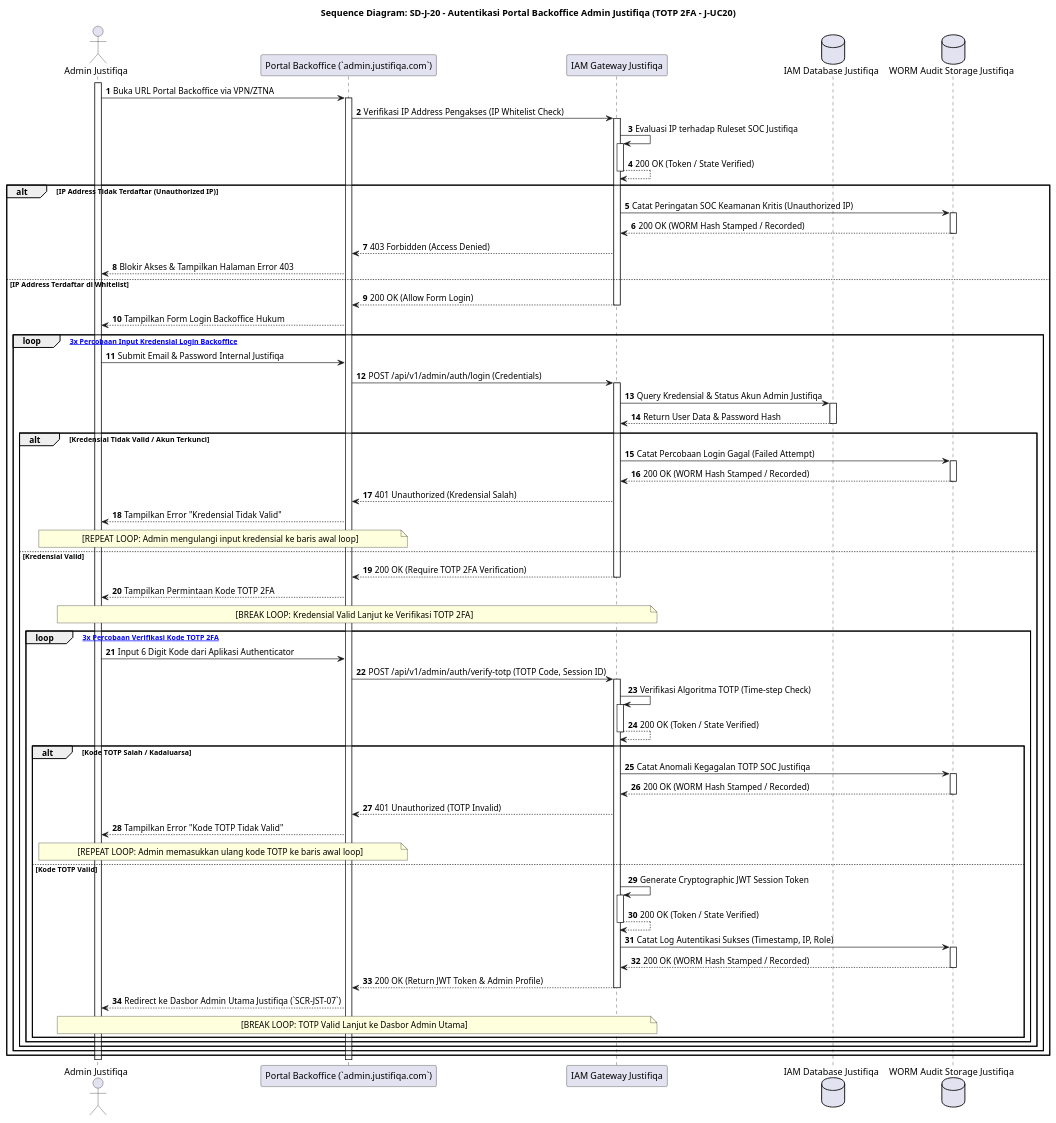
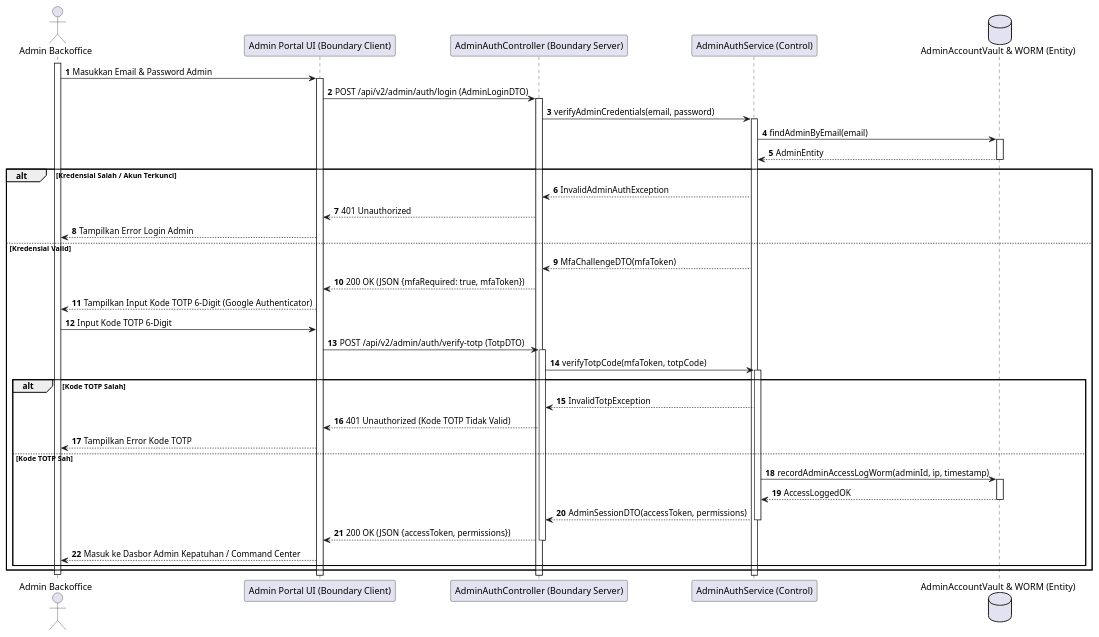
One commit to tupperwureism/SuperApp-Gagal changed diagram 16 of 28 in MarkDown/plantuml_sequence_diagrams.md. Above: the diagram before and after it, drawn with PlantUML. The commit also changed other lines of this file and 1 other file, not shown here.

Commit message:
fix(sequence-diagrams): regenerate all 28 Sequence Diagrams with deterministic hand-crafted 5-Lifeline BCE flows

````diff
--- a/MarkDown/plantuml_sequence_diagrams.md
+++ b/MarkDown/plantuml_sequence_diagrams.md
@@ -1041,71 +626,44 @@
 ```plantuml
 @startuml
-title Sequence Diagram: SD-J-20 - Autentikasi Portal Backoffice Admin Justifiqa (TOTP 2FA - J-UC20)
 autonumber
-actor "Admin Justifiqa" as Admin
-participant "Portal Backoffice (`admin.justifiqa.com`)" as B_FE
-participant "IAM Gateway Justifiqa" as IAM
-database "IAM Database Justifiqa" as E_DB
-database "WORM Audit Storage Justifiqa" as WORM
+actor "Admin Backoffice" as User
+participant "Admin Portal UI (Boundary Client)" as B_FE
+participant "AdminAuthController (Boundary Server)" as B_BE
+participant "AdminAuthService (Control)" as C_Svc
+database "AdminAccountVault & WORM (Entity)" as E_DB
 
-activate Admin
-Admin -> B_FE ++ : Buka URL Portal Backoffice via VPN/ZTNA
-B_FE -> IAM ++ : Verifikasi IP Address Pengakses (IP Whitelist Check)
-IAM -> IAM ++ : Evaluasi IP terhadap Ruleset SOC Justifiqa
-IAM --> IAM -- : 200 OK (Token / State Verified)
+activate User
+User -> B_FE ++ : Masukkan Email & Password Admin
+B_FE -> B_BE ++ : POST /api/v2/admin/auth/login (AdminLoginDTO)
+B_BE -> C_Svc ++ : verifyAdminCredentials(email, password)
+C_Svc -> E_DB ++ : findAdminByEmail(email)
+E_DB --> C_Svc -- : AdminEntity
 
-alt IP Address Tidak Terdaftar (Unauthorized IP)
-    IAM -> WORM ++ : Catat Peringatan SOC Keamanan Kritis (Unauthorized IP)
-    WORM --> IAM -- : 200 OK (WORM Hash Stamped / Recorded)
-    IAM --> B_FE : 403 Forbidden (Access Denied)
-    B_FE --> Admin : Blokir Akses & Tampilkan Halaman Error 403
-else IP Address Terdaftar di Whitelist
-    IAM --> B_FE -- : 200 OK (Allow Form Login)
-    B_FE --> Admin : Tampilkan Form Login Backoffice Hukum
-    
-    loop [Maksimal 3x Percobaan Input Kredensial Login Backoffice]
-        Admin -> B_FE : Submit Email & Password Internal Justifiqa
-        B_FE -> IAM ++ : POST /api/v1/admin/auth/login (Credentials)
-        IAM -> E_DB ++ : Query Kredensial & Status Akun Admin Justifiqa
-        E_DB --> IAM -- : Return User Data & Password Hash
-        
-        alt Kredensial Tidak Valid / Akun Terkunci
-            IAM -> WORM ++ : Catat Percobaan Login Gagal (Failed Attempt)
-            WORM --> IAM -- : 200 OK (WORM Hash Stamped / Recorded)
-            IAM --> B_FE : 401 Unauthorized (Kredensial Salah)
-            B_FE --> Admin : Tampilkan Error "Kredensial Tidak Valid"
-            note over Admin, B_FE : [REPEAT LOOP: Admin mengulangi input kredensial ke baris awal loop]
-        else Kredensial Valid
-            IAM --> B_FE -- : 200 OK (Require TOTP 2FA Verification)
-            B_FE --> Admin : Tampilkan Permintaan Kode TOTP 2FA
-            note over Admin, IAM : [BREAK LOOP: Kredensial Valid Lanjut ke Verifikasi TOTP 2FA]
-            
-            loop [Maksimal 3x Percobaan Verifikasi Kode TOTP 2FA]
-                Admin -> B_FE : Input 6 Digit Kode dari Aplikasi Authenticator
-                B_FE -> IAM ++ : POST /api/v1/admin/auth/verify-totp (TOTP Code, Session ID)
-                IAM -> IAM ++ : Verifikasi Algoritma TOTP (Time-step Check)
-                IAM --> IAM -- : 200 OK (Token / State Verified)
-                
-                alt Kode TOTP Salah / Kadaluarsa
-                    IAM -> WORM ++ : Catat Anomali Kegagalan TOTP SOC Justifiqa
-                    WORM --> IAM -- : 200 OK (WORM Hash Stamped / Recorded)
-                    IAM --> B_FE : 401 Unauthorized (TOTP Invalid)
-                    B_FE --> Admin : Tampilkan Error "Kode TOTP Tidak Valid"
-                    note over Admin, B_FE : [REPEAT LOOP: Admin memasukkan ulang kode TOTP ke baris awal loop]
-                else Kode TOTP Valid
-                    IAM -> IAM ++ : Generate Cryptographic JWT Session Token
-                    IAM --> IAM -- : 200 OK (Token / State Verified)
-                    IAM -> WORM ++ : Catat Log Autentikasi Sukses (Timestamp, IP, Role)
-                    WORM --> IAM -- : 200 OK (WORM Hash Stamped / Recorded)
-                    IAM --> B_FE -- : 200 OK (Return JWT Token & Admin Profile)
-                    B_FE --> Admin : Redirect ke Dasbor Admin Utama Justifiqa (`SCR-JST-07`)
-                    note over Admin, IAM : [BREAK LOOP: TOTP Valid Lanjut ke Dasbor Admin Utama]
-                end
-            end
-        end
+alt Kredensial Salah / Akun Terkunci
+    C_Svc --> B_BE : InvalidAdminAuthException
+    B_BE --> B_FE : 401 Unauthorized
+    B_FE --> User : Tampilkan Error Login Admin
+else Kredensial Valid
+    C_Svc --> B_BE : MfaChallengeDTO(mfaToken)
+    B_BE --> B_FE : 200 OK (JSON {mfaRequired: true, mfaToken})
+    B_FE --> User : Tampilkan Input Kode TOTP 6-Digit (Google Authenticator)
+
+    User -> B_FE : Input Kode TOTP 6-Digit
+    B_FE -> B_BE ++ : POST /api/v2/admin/auth/verify-totp (TotpDTO)
+    B_BE -> C_Svc ++ : verifyTotpCode(mfaToken, totpCode)
+
+    alt Kode TOTP Salah
+        C_Svc --> B_BE : InvalidTotpException
+        B_BE --> B_FE : 401 Unauthorized (Kode TOTP Tidak Valid)
+        B_FE --> User : Tampilkan Error Kode TOTP
+    else Kode TOTP Sah
+        C_Svc -> E_DB ++ : recordAdminAccessLogWorm(adminId, ip, timestamp)
+        E_DB --> C_Svc -- : AccessLoggedOK
+        C_Svc --> B_BE -- : AdminSessionDTO(accessToken, permissions)
+        B_BE --> B_FE -- : 200 OK (JSON {accessToken, permissions})
+        B_FE --> User : Masuk ke Dasbor Admin Kepatuhan / Command Center
     end
 end
-deactivate B_FE
-deactivate Admin
+deactivate User
 @enduml
 ```
````
